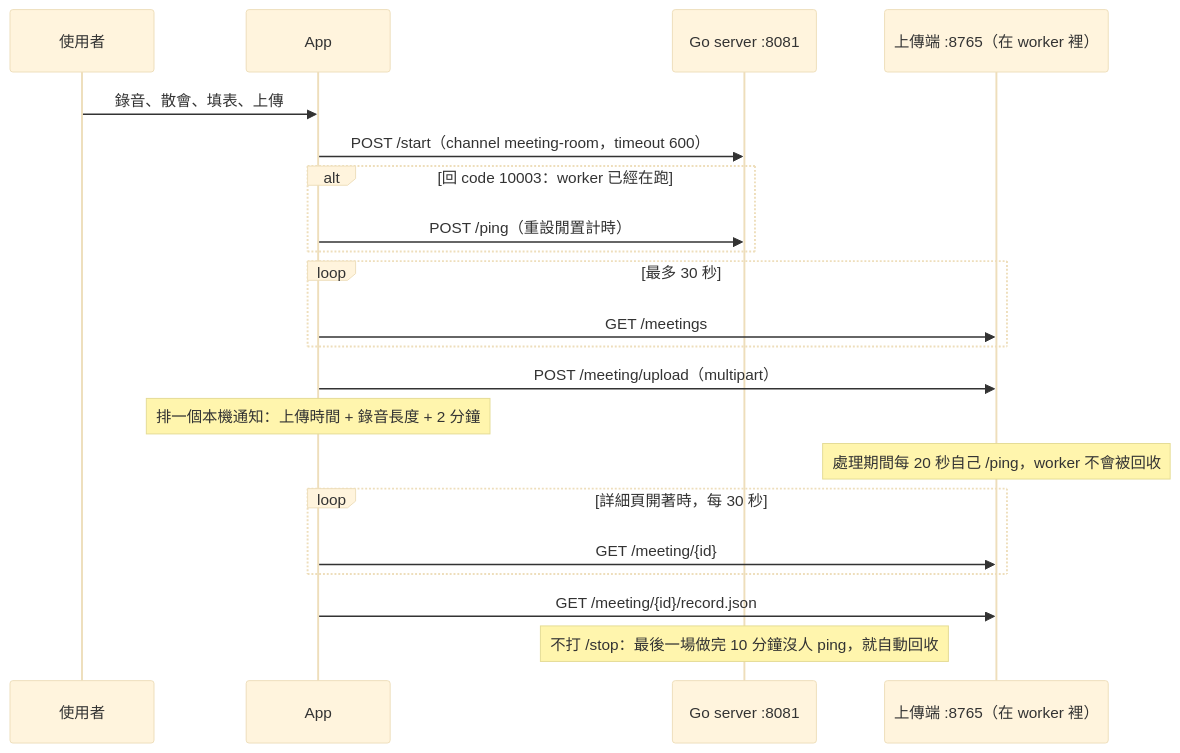
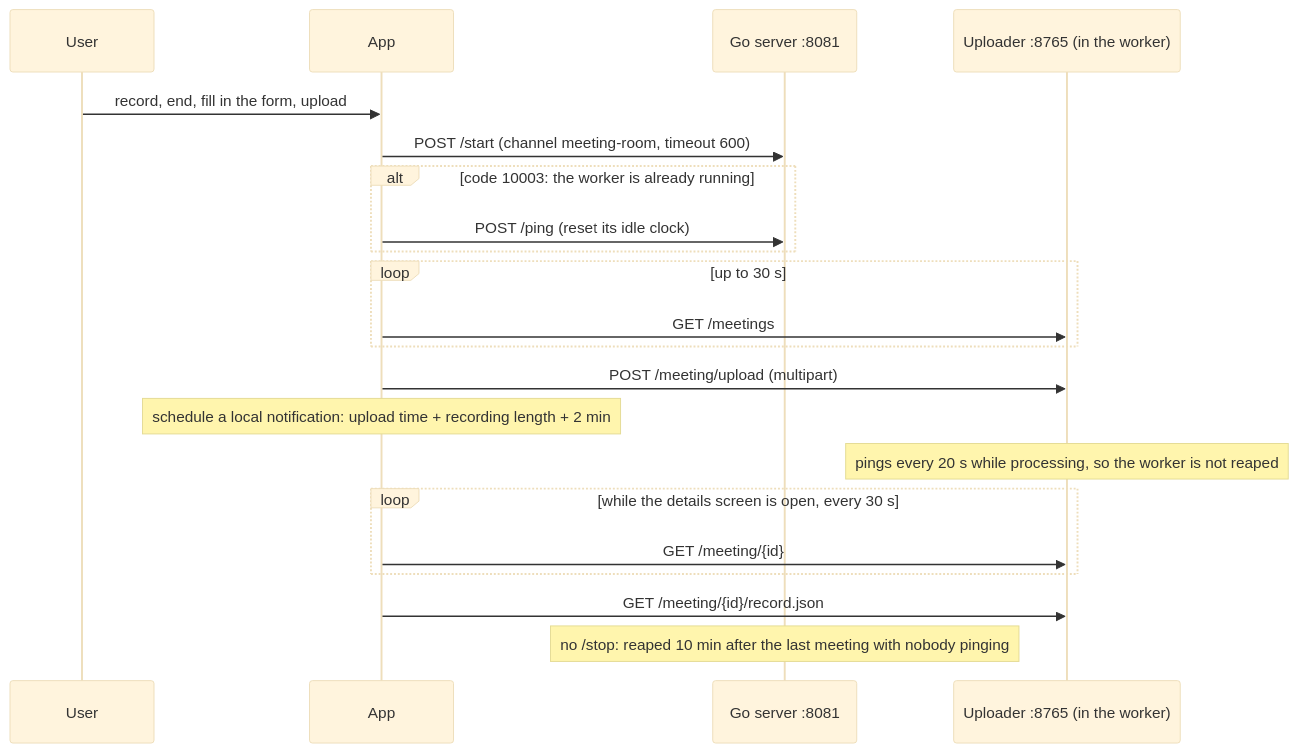
One commit to harold-2022-cloud/ten-framework-arm64 changed the first of 2 diagrams in ai_agents/meeting-app-android/DEVELOPMENT.md. Above: the diagram before and after it, drawn with Mermaid (base theme). The commit also changed other lines of this file and 2 other files, not shown here.

First line of the commit message:
docs(meeting-app): add an English development guide and a status section

````diff
--- a/ai_agents/meeting-app-android/DEVELOPMENT.md
+++ b/ai_agents/meeting-app-android/DEVELOPMENT.md
@@ -44,23 +65,23 @@
 ```mermaid
 sequenceDiagram
-    participant U as 使用者
+    participant U as User
     participant A as App
     participant S as Go server :8081
-    participant W as 上傳端 :8765（在 worker 裡）
-    U->>A: 錄音、散會、填表、上傳
-    A->>S: POST /start（channel meeting-room，timeout 600）
-    alt 回 code 10003：worker 已經在跑
-        A->>S: POST /ping（重設閒置計時）
+    participant W as Uploader :8765 (in the worker)
+    U->>A: record, end, fill in the form, upload
+    A->>S: POST /start (channel meeting-room, timeout 600)
+    alt code 10003: the worker is already running
+        A->>S: POST /ping (reset its idle clock)
     end
-    loop 最多 30 秒
+    loop up to 30 s
         A->>W: GET /meetings
     end
-    A->>W: POST /meeting/upload（multipart）
-    Note over A: 排一個本機通知：上傳時間 + 錄音長度 + 2 分鐘
-    Note over W: 處理期間每 20 秒自己 /ping，worker 不會被回收
-    loop 詳細頁開著時，每 30 秒
+    A->>W: POST /meeting/upload (multipart)
+    Note over A: schedule a local notification: upload time + recording length + 2 min
+    Note over W: pings every 20 s while processing, so the worker is not reaped
+    loop while the details screen is open, every 30 s
         A->>W: GET /meeting/{id}
     end
     A->>W: GET /meeting/{id}/record.json
-    Note over S: 不打 /stop：最後一場做完 10 分鐘沒人 ping，就自動回收
+    Note over S: no /stop: reaped 10 min after the last meeting with nobody pinging
 ```
````
